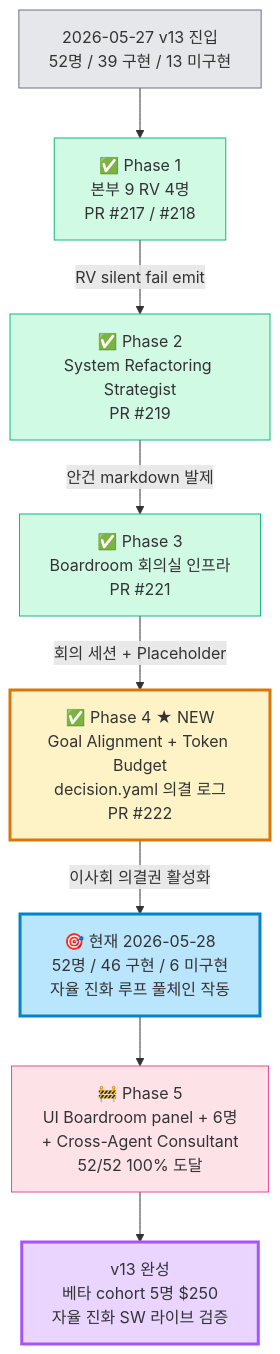
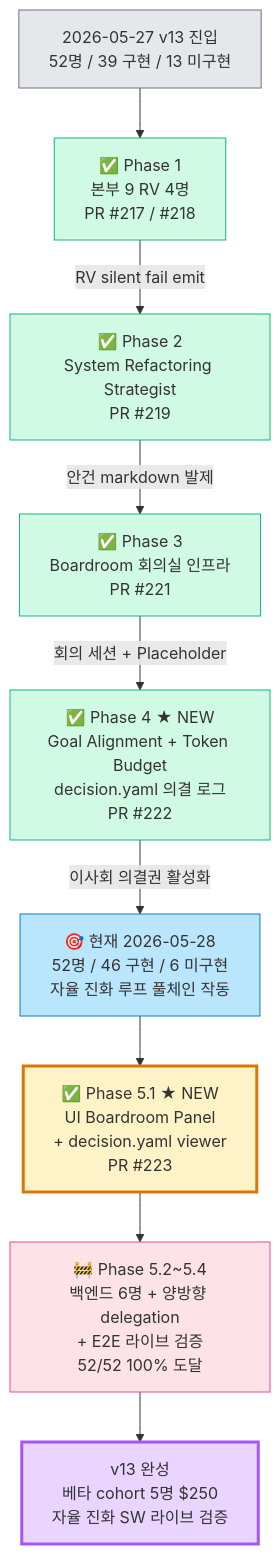
One commit to SongJongwon/nexus-alpha changed the diagram in docs/WORK_STATUS.md. Above: the diagram before and after it, drawn with Mermaid. The commit also changed other lines of this file and 5 other files, not shown here.

First line of the commit message:
feat: v13 Phase 5.1 — UI Boardroom Panel + decision.yaml viewer (#223)

````diff
--- a/docs/WORK_STATUS.md
+++ b/docs/WORK_STATUS.md
@@ -120,24 +131,27 @@
 ```mermaid
 flowchart TD
     Start[2026-05-27 v13 진입<br/>52명 / 39 구현 / 13 미구현]
 
     Start --> P1[✅ Phase 1<br/>본부 9 RV 4명<br/>PR #217 / #218]
     P1 -->|RV silent fail emit| P2[✅ Phase 2<br/>System Refactoring Strategist<br/>PR #219]
     P2 -->|안건 markdown 발제| P3[✅ Phase 3<br/>Boardroom 회의실 인프라<br/>PR #221]
     P3 -->|회의 세션 + Placeholder| P4[✅ Phase 4 ★ NEW<br/>Goal Alignment + Token Budget<br/>decision.yaml 의결 로그<br/>PR #222]
 
     P4 -->|이사회 의결권 활성화| Now[🎯 현재 2026-05-28<br/>52명 / 46 구현 / 6 미구현<br/>자율 진화 루프 풀체인 작동]
 
-    Now --> P5[🚧 Phase 5<br/>UI Boardroom panel + 6명<br/>+ Cross-Agent Consultant<br/>52/52 100% 도달]
+    Now --> P51[✅ Phase 5.1 ★ NEW<br/>UI Boardroom Panel<br/>+ decision.yaml viewer<br/>PR #223]
 
-    P5 --> End[v13 완성<br/>베타 cohort 5명 $250<br/>자율 진화 SW 라이브 검증]
+    P51 --> P52[🚧 Phase 5.2~5.4<br/>백엔드 6명 + 양방향 delegation<br/>+ E2E 라이브 검증<br/>52/52 100% 도달]
+
+    P52 --> End[v13 완성<br/>베타 cohort 5명 $250<br/>자율 진화 SW 라이브 검증]
 
     style Start fill:#e5e7eb,stroke:#6b7280
     style P1 fill:#d1fae5,stroke:#10b981
     style P2 fill:#d1fae5,stroke:#10b981
     style P3 fill:#d1fae5,stroke:#10b981
-    style P4 fill:#fef3c7,stroke:#d97706,stroke-width:3px
-    style Now fill:#bae6fd,stroke:#0284c7,stroke-width:3px
-    style P5 fill:#fde2e8,stroke:#ec4899
+    style P4 fill:#d1fae5,stroke:#10b981
+    style Now fill:#bae6fd,stroke:#0284c7
+    style P51 fill:#fef3c7,stroke:#d97706,stroke-width:3px
+    style P52 fill:#fde2e8,stroke:#ec4899
     style End fill:#e9d5ff,stroke:#a855f7,stroke-width:3px
 ```
````
